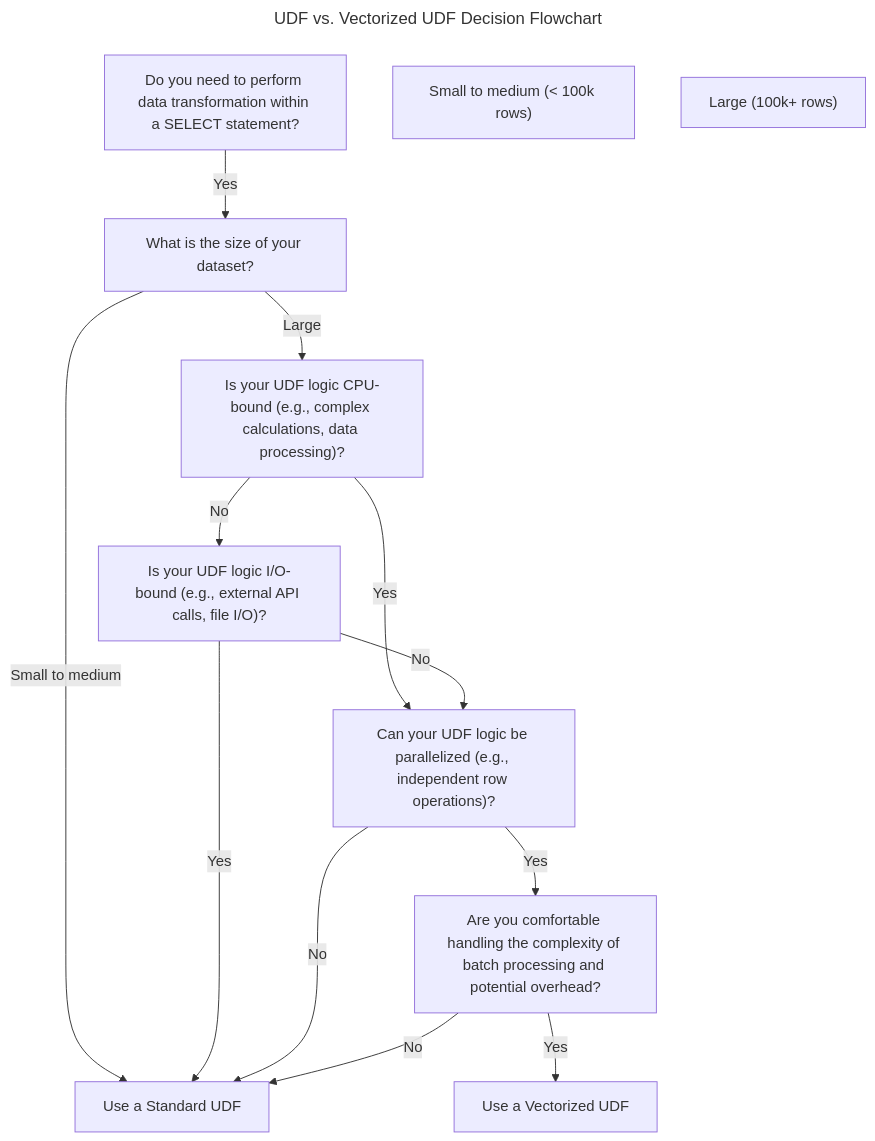
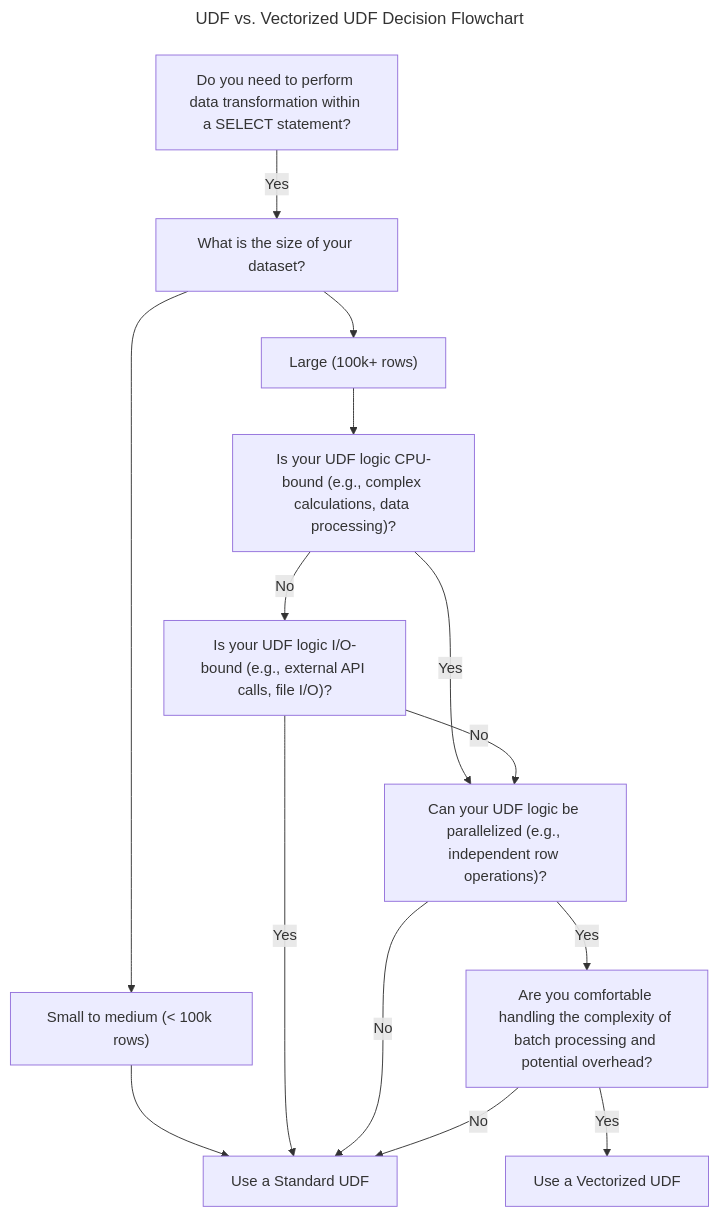
Before and after one commit to sfc-gh-bciranni/brandens-unofficial-snowpark-guide: the third of 3 diagrams in readme.md, drawn with Mermaid.

Commit message:
update mermaid chart

````diff
--- a/readme.md
+++ b/readme.md
@@ -230,33 +230,33 @@
 ```mermaid
 ---
 title: UDF vs. Vectorized UDF Decision Flowchart
 ---
 flowchart TD
     start["Do you need to perform data transformation within a SELECT statement?"]
     data_size["What is the size of your dataset?"]
     small_data["Small to medium (< 100k rows)"]
     large_data["Large (100k+ rows)"]
     compute_bound["Is your UDF logic CPU-bound (e.g., complex calculations, data processing)?"]
     io_bound["Is your UDF logic I/O-bound (e.g., external API calls, file I/O)?"]
     parallelizable["Can your UDF logic be parallelized (e.g., independent row operations)?"]
     complexity["Are you comfortable handling the complexity of batch processing and potential overhead?"]
     std_udf["Use a Standard UDF"]
     vec_udf["Use a Vectorized UDF"]
 
     start -- Yes --> data_size
 
-    data_size -- Small to medium --> std_udf
-    data_size -- Large --> compute_bound
+    data_size --> small_data --> std_udf
+    data_size --> large_data --> compute_bound
 
     compute_bound -- Yes --> parallelizable
     compute_bound -- No --> io_bound
 
     io_bound -- Yes --> std_udf
     io_bound -- No --> parallelizable
 
     parallelizable -- Yes --> complexity
     parallelizable -- No --> std_udf
 
     complexity -- Yes --> vec_udf
     complexity -- No --> std_udf
 ```
````
